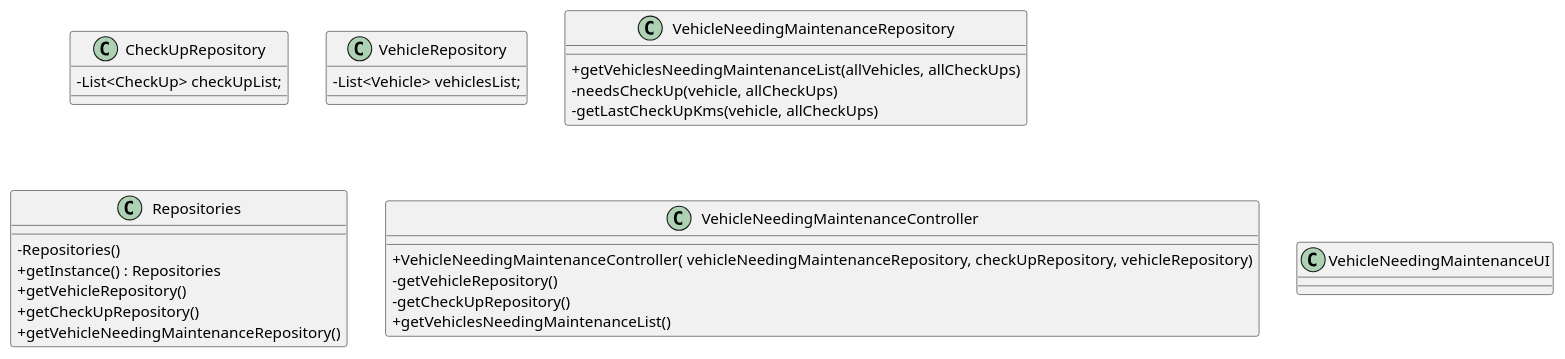
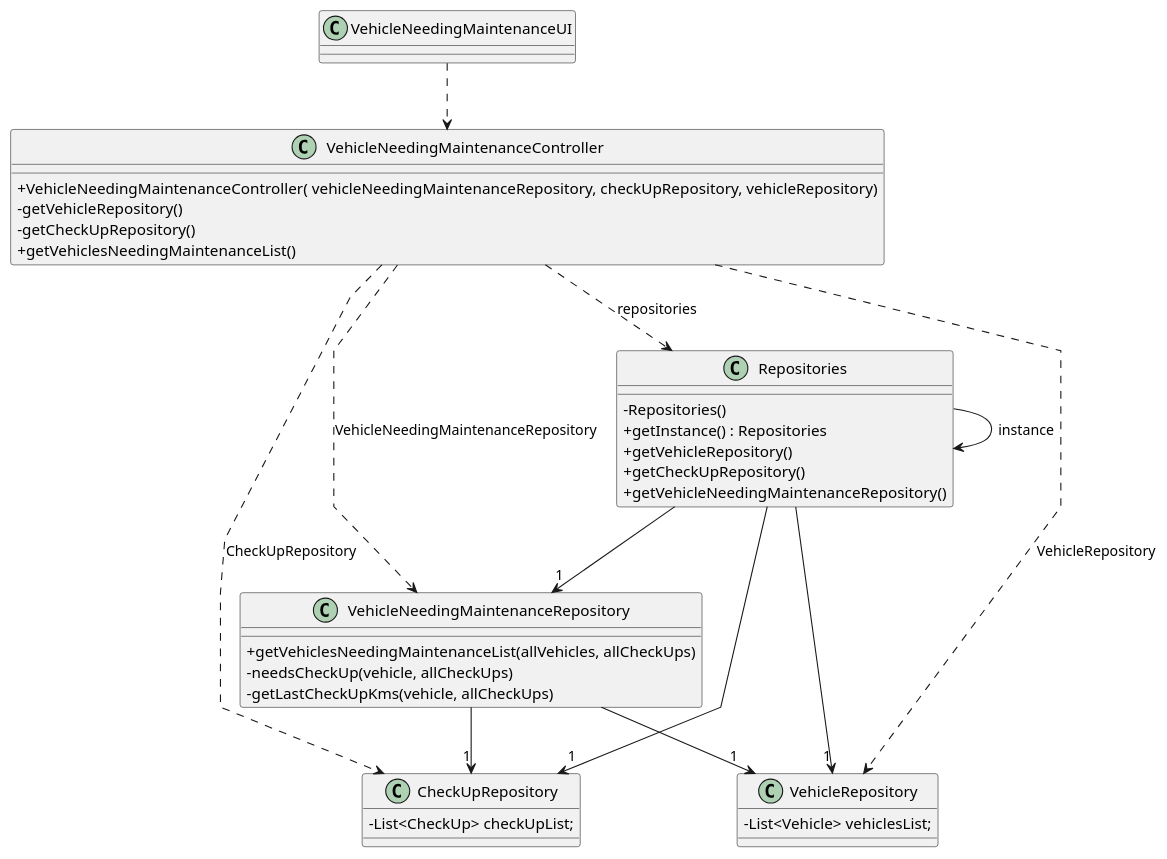
Before and after one commit to daniel41silva05/ISEP_2023_2024_LAPR2: the diagram in docs/sprintA&B/us008/03.design/puml/us008-class-diagram.puml, drawn with PlantUML.

Commit message:
US008 - class diagram connections)

```diff
--- a/docs/sprintA&B/us008/03.design/puml/us008-class-diagram.puml
+++ b/docs/sprintA&B/us008/03.design/puml/us008-class-diagram.puml
@@ -1,46 +1,59 @@
 @startuml
 'skinparam monochrome true
 skinparam packageStyle rectangle
 skinparam shadowing false
 skinparam linetype polyline
 'skinparam linetype orto
 
 skinparam classAttributeIconSize 0
 
 'left to right direction
 
 class CheckUpRepository{
     -List<CheckUp> checkUpList;
 }
 
 class VehicleRepository{
     -List<Vehicle> vehiclesList;
 }
 
 class VehicleNeedingMaintenanceRepository{
     + getVehiclesNeedingMaintenanceList(allVehicles, allCheckUps)
     - needsCheckUp(vehicle, allCheckUps)
     - getLastCheckUpKms(vehicle, allCheckUps)
 }
 
 class Repositories{
     - Repositories()
     + getInstance() : Repositories
     + getVehicleRepository()
     + getCheckUpRepository()
     + getVehicleNeedingMaintenanceRepository()
 }
 
 class VehicleNeedingMaintenanceController{
      +VehicleNeedingMaintenanceController( vehicleNeedingMaintenanceRepository, checkUpRepository, vehicleRepository)
     -getVehicleRepository()
     -getCheckUpRepository()
     +getVehiclesNeedingMaintenanceList()
 }
 
 class VehicleNeedingMaintenanceUI{
 }
 
+VehicleNeedingMaintenanceUI ..> VehicleNeedingMaintenanceController
 
+VehicleNeedingMaintenanceController ..> Repositories: repositories
+VehicleNeedingMaintenanceController ..> CheckUpRepository: CheckUpRepository
+VehicleNeedingMaintenanceController ..> VehicleRepository: VehicleRepository
+VehicleNeedingMaintenanceController ..> VehicleNeedingMaintenanceRepository: VehicleNeedingMaintenanceRepository
+
+Repositories --> "1"CheckUpRepository
+Repositories --> "1"VehicleRepository
+Repositories --> "1"VehicleNeedingMaintenanceRepository
+Repositories --> Repositories: instance
+
+VehicleNeedingMaintenanceRepository --> "1"CheckUpRepository
+VehicleNeedingMaintenanceRepository --> "1"VehicleRepository
 
 @enduml
```
